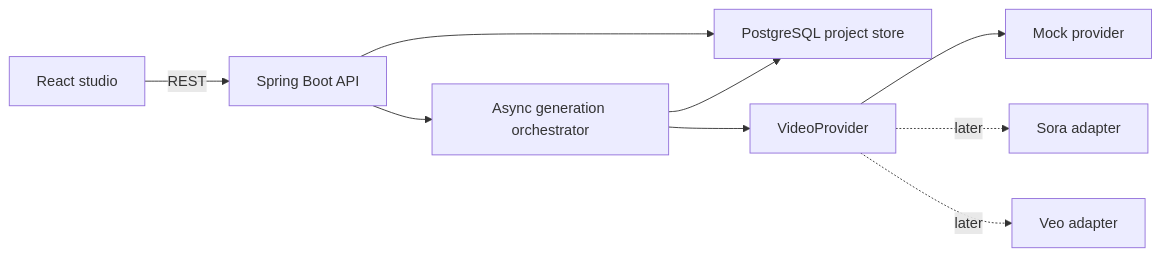
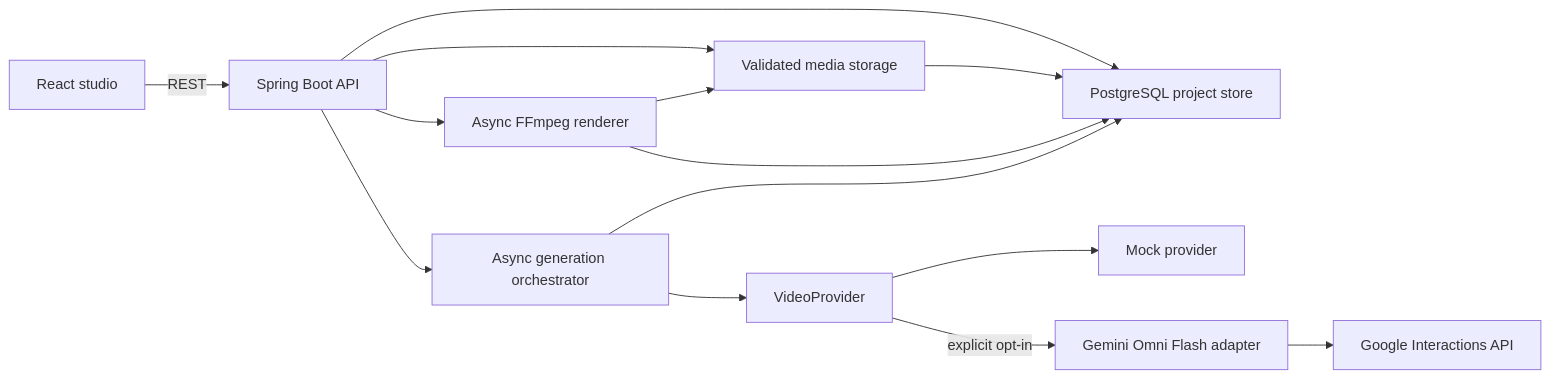
The first of 2 diagrams in docs/architecture.md (up-honey/AiAutoMvMaker), drawn with Mermaid before and after one commit. The commit also changed other lines of this file and 63 other files, not shown here.

````diff
--- a/docs/architecture.md
+++ b/docs/architecture.md
@@ -7,11 +7,16 @@
 ```mermaid
 flowchart LR
     UI["React studio"] -->|REST| API["Spring Boot API"]
     API --> STORE["PostgreSQL project store"]
+    API --> MEDIA["Validated media storage"]
+    MEDIA --> STORE
+    API --> RENDER["Async FFmpeg renderer"]
+    RENDER --> MEDIA
+    RENDER --> STORE
     API --> QUEUE["Async generation orchestrator"]
     QUEUE --> PROVIDER["VideoProvider"]
     PROVIDER --> MOCK["Mock provider"]
-    PROVIDER -. later .-> SORA["Sora adapter"]
-    PROVIDER -. later .-> VEO["Veo adapter"]
+    PROVIDER -->|explicit opt-in| GEMINI["Gemini Omni Flash adapter"]
+    GEMINI --> GOOGLE["Google Interactions API"]
     QUEUE --> STORE
 ```
````
